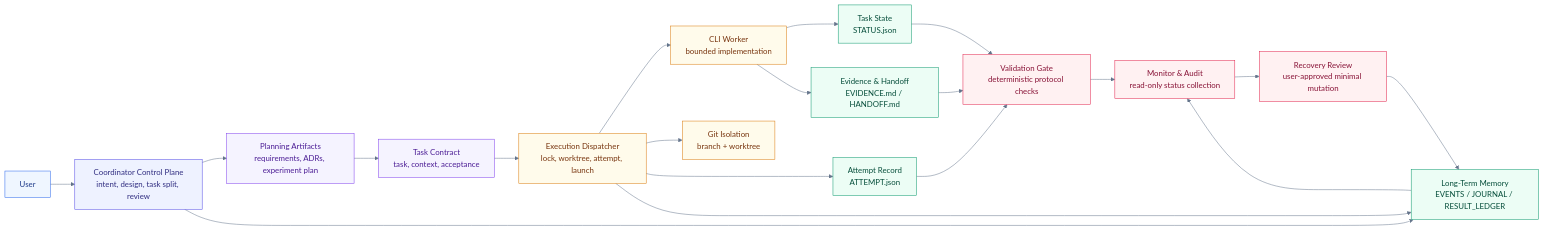
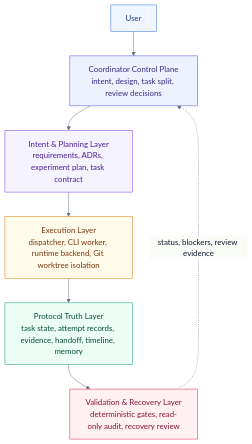
The first of 2 diagrams in README.md (LKCY23/research-dev-orchestrator), drawn with Mermaid before and after one commit. The commit also changed other lines of this file, not shown here.

Commit message:
Make README architecture diagram readable

````diff
--- a/README.md
+++ b/README.md
@@ -56,44 +56,24 @@
 ```mermaid
 %%{init: {"theme":"base","themeVariables":{"fontFamily":"Inter, ui-sans-serif, system-ui","primaryColor":"#f8fafc","primaryTextColor":"#0f172a","primaryBorderColor":"#cbd5e1","lineColor":"#64748b","tertiaryColor":"#ffffff"}}}%%
-flowchart LR
+flowchart TB
   U["User"]:::human
-  C["Coordinator Control Plane<br/>intent, design, task split, review"]:::coord
-  P["Planning Artifacts<br/>requirements, ADRs, experiment plan"]:::planning
-  T["Task Contract<br/>task, context, acceptance"]:::planning
-  D["Execution Dispatcher<br/>lock, worktree, attempt, launch"]:::exec
-  W["CLI Worker<br/>bounded implementation"]:::exec
-  G["Git Isolation<br/>branch + worktree"]:::exec
-  S["Task State<br/>STATUS.json"]:::truth
-  A["Attempt Record<br/>ATTEMPT.json"]:::truth
-  E["Evidence & Handoff<br/>EVIDENCE.md / HANDOFF.md"]:::truth
-  M["Long-Term Memory<br/>EVENTS / JOURNAL / RESULT_LEDGER"]:::truth
-  V["Validation Gate<br/>deterministic protocol checks"]:::validate
-  O["Monitor & Audit<br/>read-only status collection"]:::validate
-  R["Recovery Review<br/>user-approved minimal mutation"]:::validate
+  C["Coordinator Control Plane<br/>intent, design, task split, review decisions"]:::coord
+  P["Intent & Planning Layer<br/>requirements, ADRs, experiment plan, task contract"]:::planning
+  E["Execution Layer<br/>dispatcher, CLI worker, runtime backend, Git worktree isolation"]:::exec
+  T["Protocol Truth Layer<br/>task state, attempt records, evidence, handoff, timeline, memory"]:::truth
+  V["Validation & Recovery Layer<br/>deterministic gates, read-only audit, recovery review"]:::validate
 
   U --> C
   C --> P
-  P --> T
-  T --> D
-  D --> W
-  D --> G
-  W --> S
-  W --> E
-  D --> A
-  C --> M
-  D --> M
-  S --> V
-  A --> V
-  E --> V
-  V --> O
-  M --> O
-  O --> R
-  R --> M
+  P --> E
+  E --> T
+  T --> V
+  V -. "status, blockers, review evidence" .-> C
 
   classDef human fill:#eff6ff,stroke:#2563eb,color:#1e3a8a;
   classDef coord fill:#eef2ff,stroke:#4f46e5,color:#312e81;
   classDef planning fill:#f5f3ff,stroke:#7c3aed,color:#4c1d95;
   classDef exec fill:#fffbeb,stroke:#d97706,color:#78350f;
   classDef truth fill:#ecfdf5,stroke:#059669,color:#064e3b;
   classDef validate fill:#fff1f2,stroke:#e11d48,color:#881337;
 ```
````
